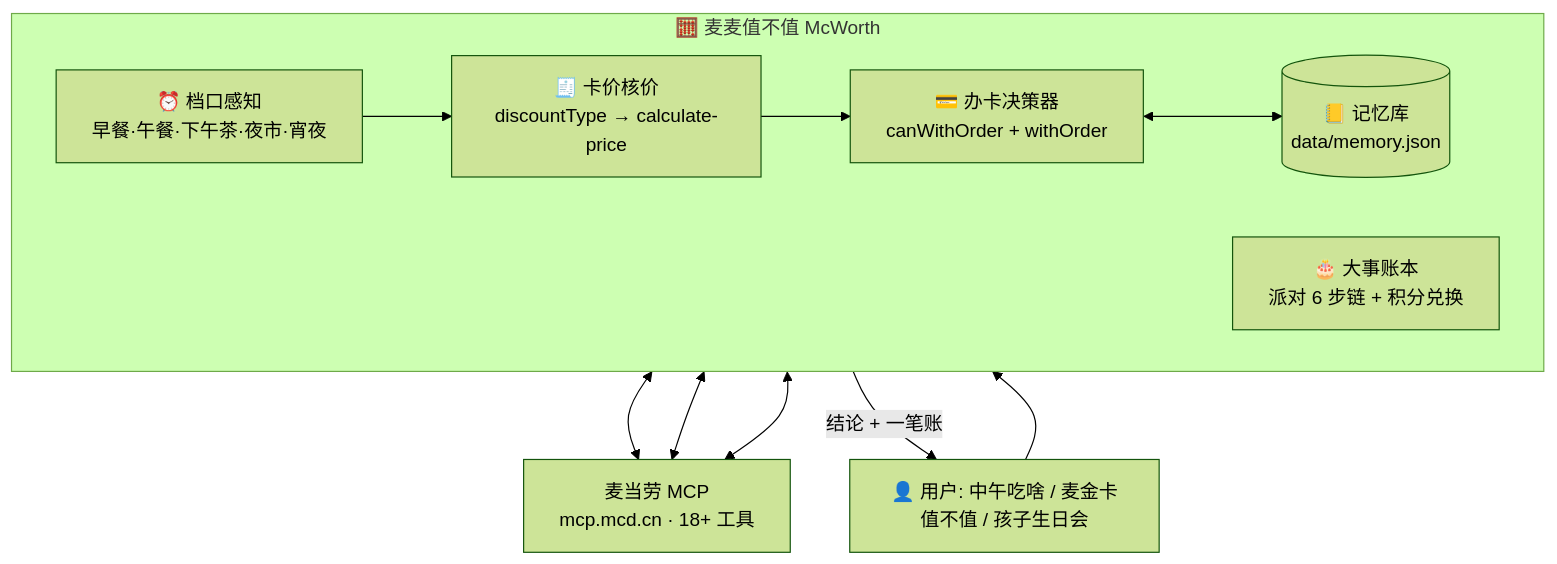
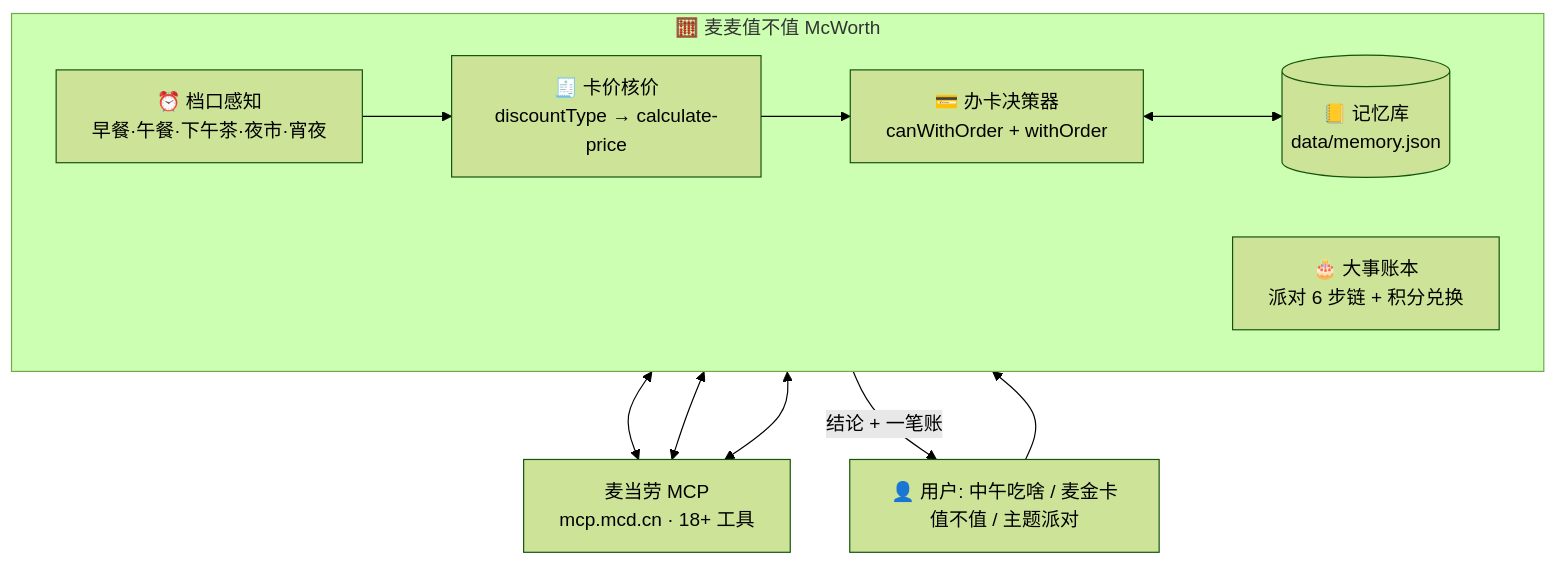
One commit to d-ouyang/mcd-worth-it changed the diagram in README.md. Above: the diagram before and after it, drawn with Mermaid (forest theme). The commit also changed other lines of this file and 4 other files, not shown here.

````diff
--- a/README.md
+++ b/README.md
@@ -88,22 +88,22 @@
 ```mermaid
 flowchart TD
-    U["👤 用户: 中午吃啥 / 麦金卡值不值 / 孩子生日会"]
+    U["👤 用户: 中午吃啥 / 麦金卡值不值 / 主题派对"]
     subgraph S["🧮 麦麦值不值 McWorth"]
         direction LR
         A["⏰ 档口感知<br/>早餐·午餐·下午茶·夜市·宵夜"]
         B["🧾 卡价核价<br/>discountType → calculate-price"]
         C["💳 办卡决策器<br/>canWithOrder + withOrder"]
         D["🎂 大事账本<br/>派对 6 步链 + 积分兑换"]
         L[("📒 记忆库<br/>data/memory.json")]
     end
     M["麦当劳 MCP<br/>mcp.mcd.cn · 18+ 工具"]
 
     U --> S
     A --> B
     B --> C
     C <--> L
     B <--> M
     C <--> M
     D <--> M
     S -->|"结论 + 一笔账"| U
 ```
````
